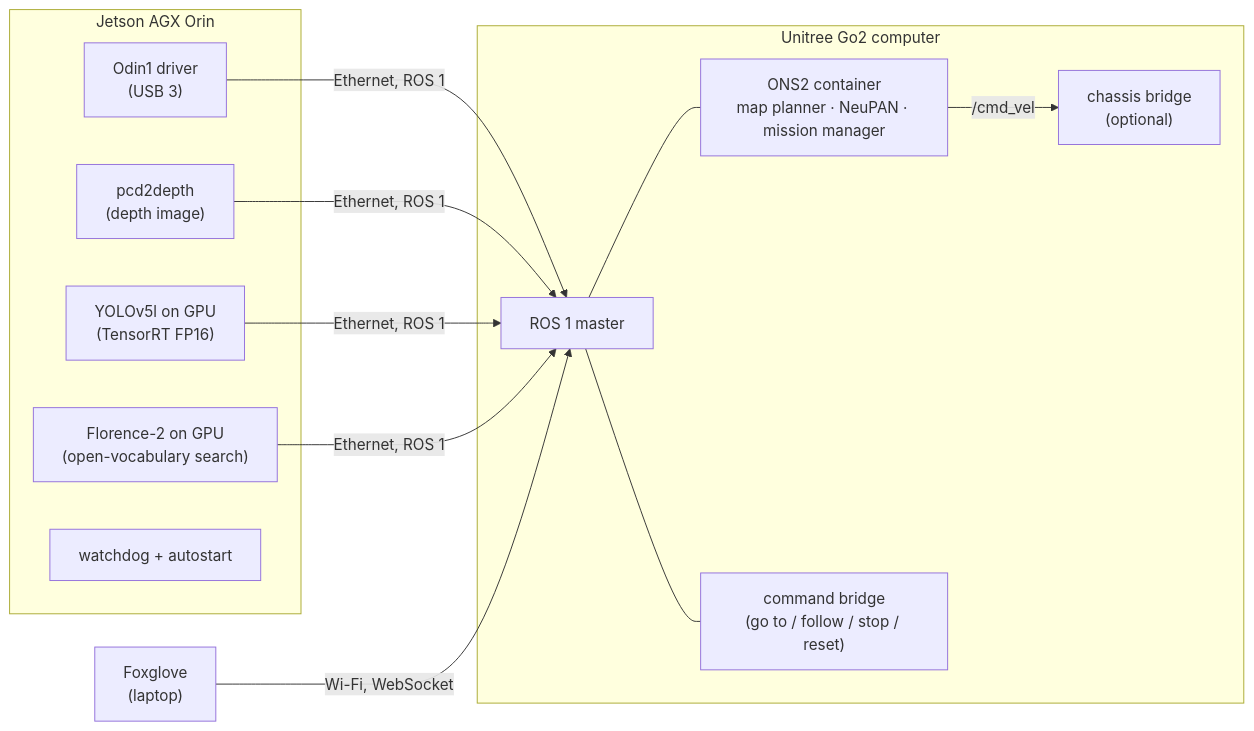
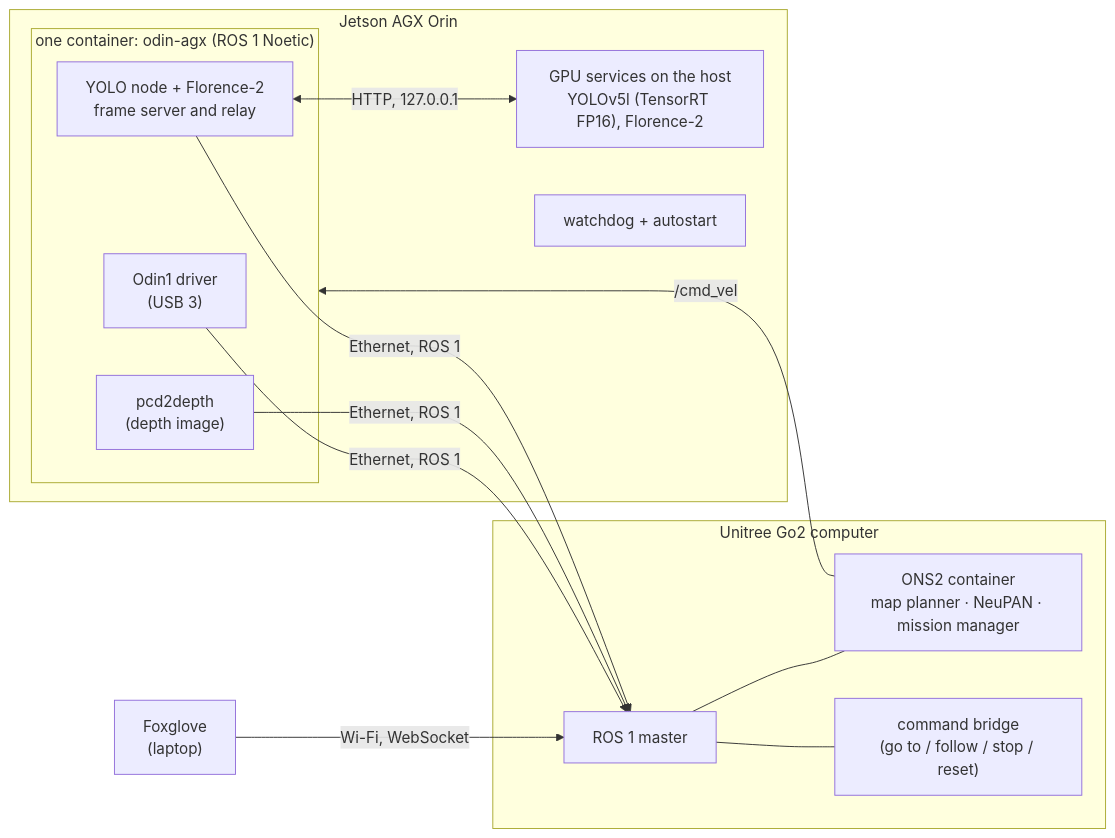
One commit to datamentors/Odin-Nav-Stack2 changed the diagram in go2_agx/README.md. Above: the diagram before and after it, drawn with Mermaid. The commit also changed other lines of this file and 13 other files, not shown here.

Commit message:
refactor(go2_agx): run all AGX ROS 1 parts in a single container

````diff
--- a/go2_agx/README.md
+++ b/go2_agx/README.md
@@ -15,21 +15,24 @@
 ```mermaid
 flowchart LR
   subgraph AGX["Jetson AGX Orin"]
-    O1["Odin1 driver<br/>(USB 3)"]
-    D["pcd2depth<br/>(depth image)"]
-    Y["YOLOv5l on GPU<br/>(TensorRT FP16)"]
-    F["Florence-2 on GPU<br/>(open-vocabulary search)"]
+    subgraph C["one container: odin-agx (ROS 1 Noetic)"]
+      O1["Odin1 driver<br/>(USB 3)"]
+      D["pcd2depth<br/>(depth image)"]
+      Y["YOLO node + Florence-2<br/>frame server and relay"]
+    end
+    G["GPU services on the host<br/>YOLOv5l (TensorRT FP16), Florence-2"]
     W["watchdog + autostart"]
+    Y <-- "HTTP, 127.0.0.1" --> G
   end
   subgraph GO2["Unitree Go2 computer"]
     M["ROS 1 master"]
     N["ONS2 container<br/>map planner · NeuPAN · mission manager"]
     B["command bridge<br/>(go to / follow / stop / reset)"]
     C["chassis bridge<br/>(optional)"]
   end
   FG["Foxglove<br/>(laptop)"]
-  O1 & D & Y & F -- "Ethernet, ROS 1" --> M
+  O1 & D & Y -- "Ethernet, ROS 1" --> M
   M --- N & B
   N -- "/cmd_vel" --> C
   FG -- "Wi-Fi, WebSocket" --> M
 ```
````
